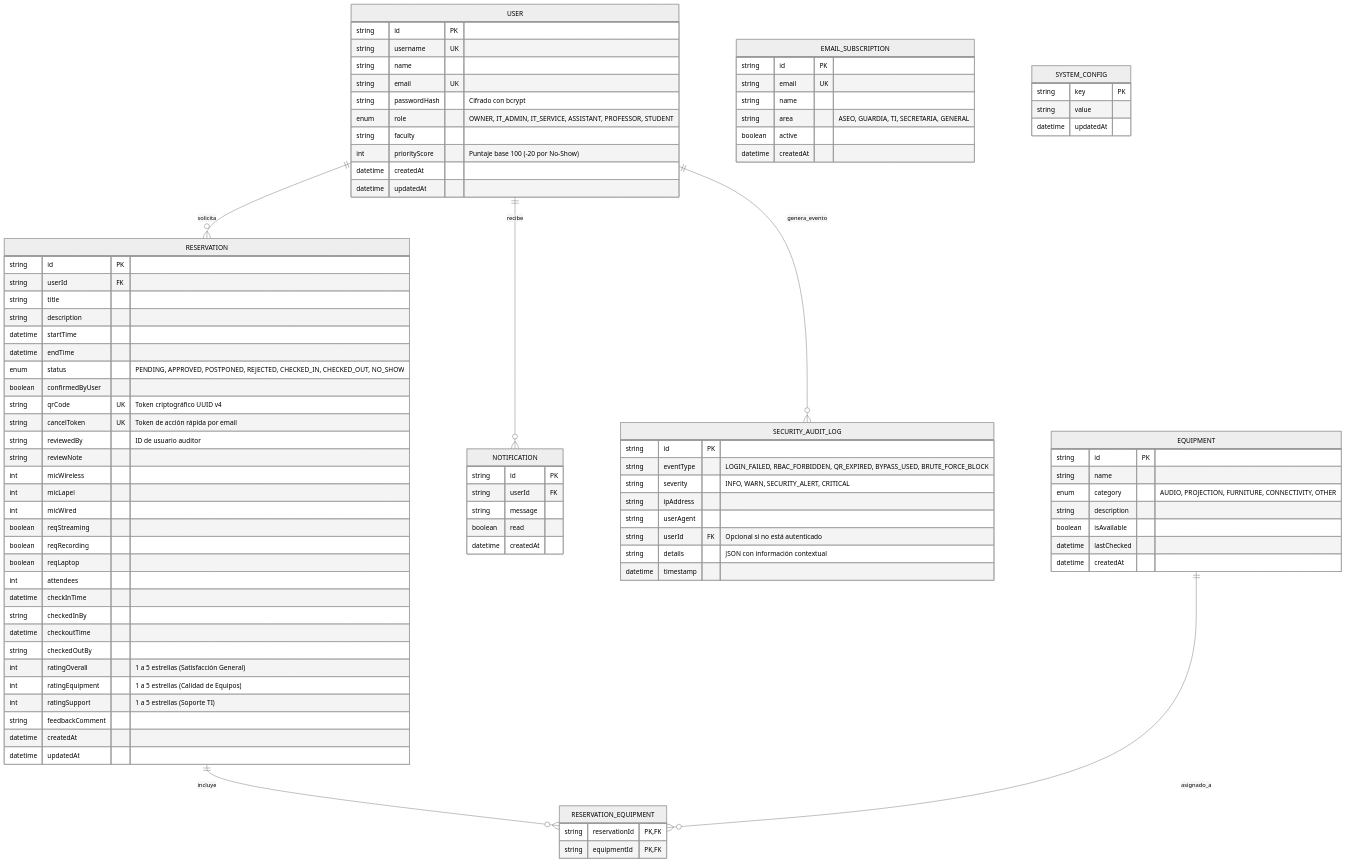
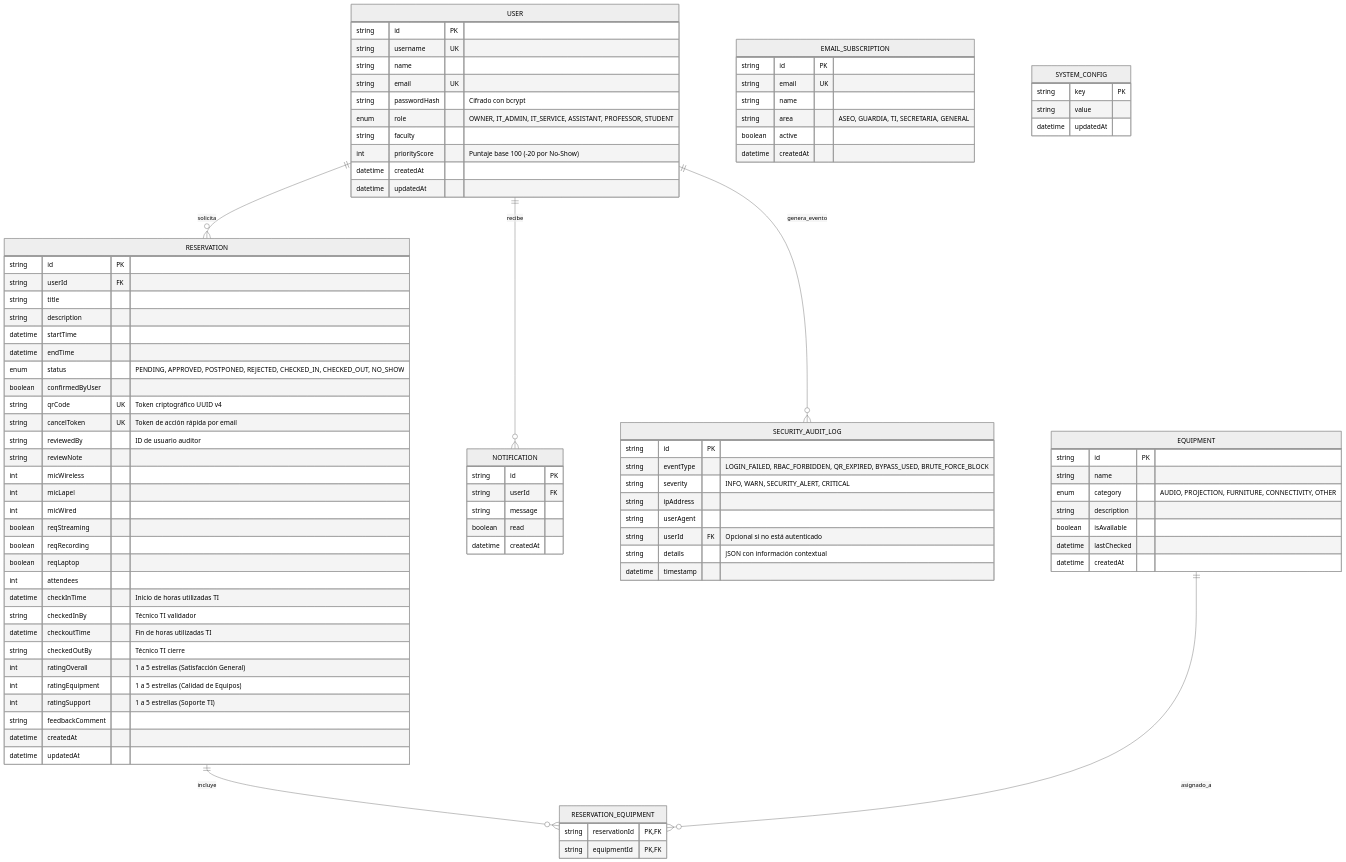
One commit to IMANDOI/sistema-gestion-auditorios-capstone changed diagram 11 of 12 in informe_fase_1_definicion_proyecto.md. Above: the diagram before and after it, drawn with Mermaid (neutral theme). The commit also changed other lines of this file, not shown here.

Commit message:
docs(fase1): precision metrica de horas hombre utilizadas de TI (informe_fase_1_definicion_proyecto.md)

```diff
--- a/informe_fase_1_definicion_proyecto.md
+++ b/informe_fase_1_definicion_proyecto.md
@@ -523,10 +524,10 @@
         boolean reqRecording
         boolean reqLaptop
         int attendees
-        datetime checkInTime
-        string checkedInBy
-        datetime checkoutTime
-        string checkedOutBy
+        datetime checkInTime "Inicio de horas utilizadas TI"
+        string checkedInBy "Técnico TI validador"
+        datetime checkoutTime "Fin de horas utilizadas TI"
+        string checkedOutBy "Técnico TI cierre"
         int ratingOverall "1 a 5 estrellas (Satisfacción General)"
         int ratingEquipment "1 a 5 estrellas (Calidad de Equipos)"
         int ratingSupport "1 a 5 estrellas (Soporte TI)"
```
